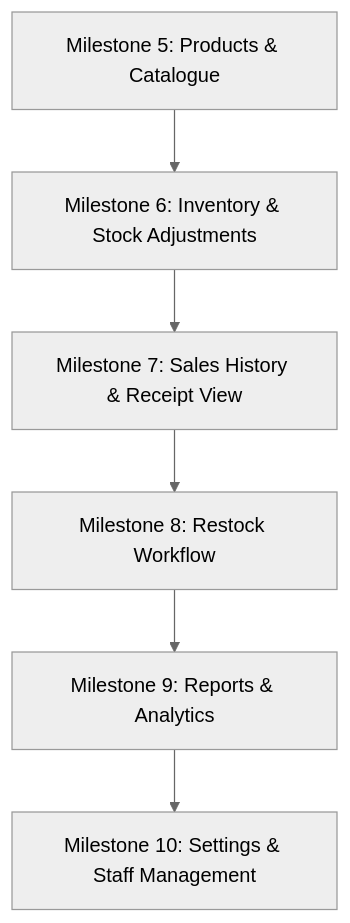
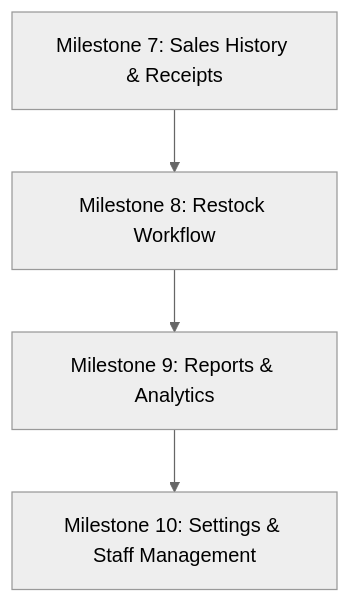
The diagram in HANDOVER_PLAN.md (toluene-18/-pos-inventory-project), drawn with Mermaid (neutral theme) before and after one commit. The commit also changed other lines of this file, not shown here.

Commit message:
docs: update handover plan with completed products and inventory milestones

````diff
--- a/HANDOVER_PLAN.md
+++ b/HANDOVER_PLAN.md
@@ -91,8 +111,6 @@
 ```mermaid
 flowchart TD
-    A[Milestone 5: Products & Catalogue] --> B[Milestone 6: Inventory & Stock Adjustments]
-    B --> C[Milestone 7: Sales History & Receipt View]
-    C --> D[Milestone 8: Restock Workflow]
-    D --> E[Milestone 9: Reports & Analytics]
-    E --> F[Milestone 10: Settings & Staff Management]
+    A[Milestone 7: Sales History & Receipts] --> B[Milestone 8: Restock Workflow]
+    B --> C[Milestone 9: Reports & Analytics]
+    C --> D[Milestone 10: Settings & Staff Management]
 ```
````
